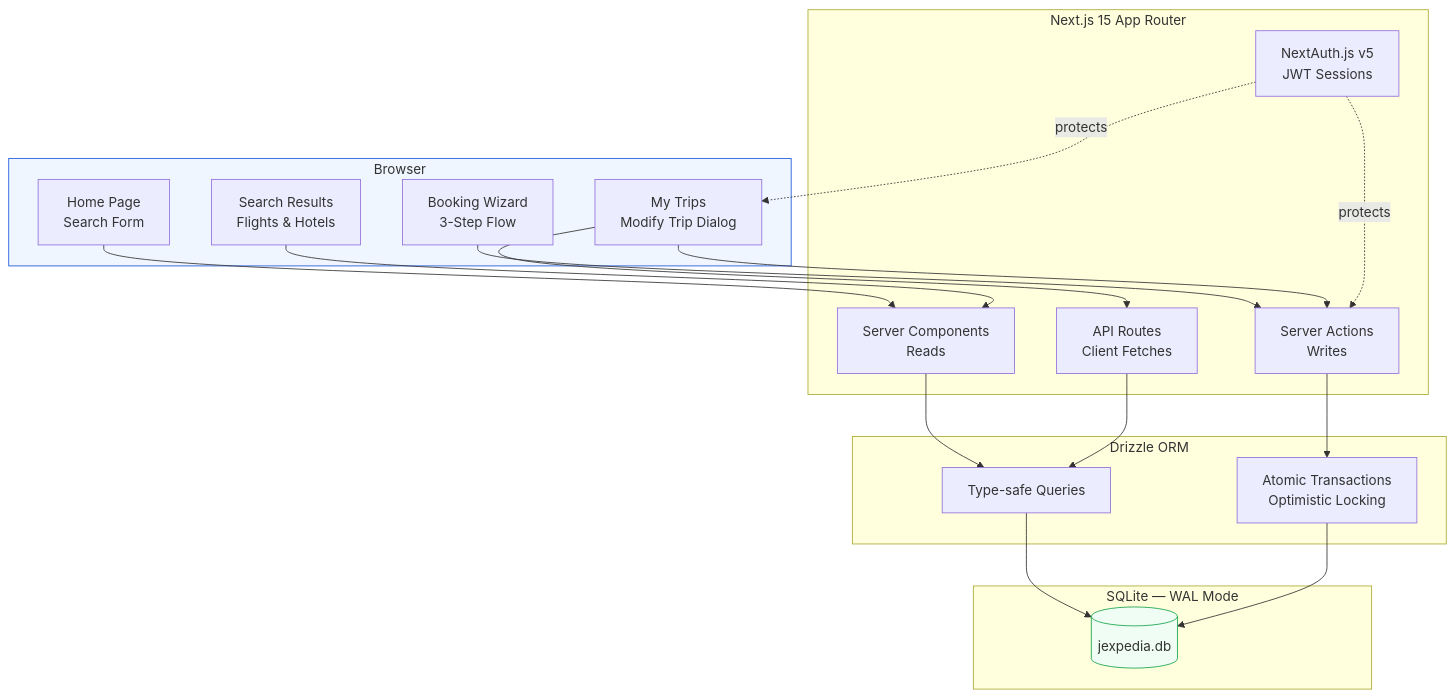
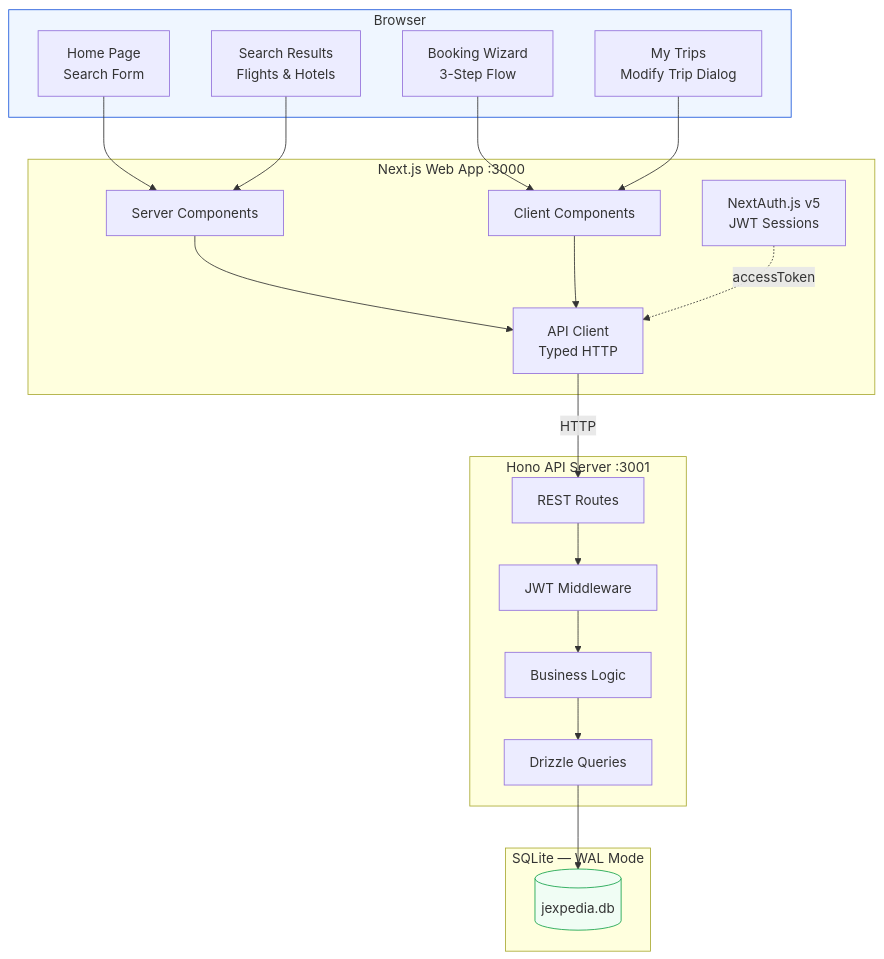
One commit to qshen2022/jexpedia changed the first of 3 diagrams in README.md. Above: the diagram before and after it, drawn with Mermaid. The commit also changed other lines of this file and 97 other files, not shown here.

First line of the commit message:
refactor: monorepo split into separate web app + API service

````diff
--- a/README.md
+++ b/README.md
@@ -104,44 +165,45 @@
 ```mermaid
 graph TB
     subgraph Browser
         Home[Home Page<br/>Search Form]
         Search[Search Results<br/>Flights & Hotels]
         Booking[Booking Wizard<br/>3-Step Flow]
         Trips[My Trips<br/>Modify Trip Dialog]
     end
 
-    subgraph "Next.js 15 App Router"
-        SC[Server Components<br/>Reads]
-        SA[Server Actions<br/>Writes]
-        API[API Routes<br/>Client Fetches]
-        Auth[NextAuth.js v5<br/>JWT Sessions]
+    subgraph "Next.js Web App :3000"
+        SC[Server Components]
+        CC[Client Components]
+        NA[NextAuth.js v5<br/>JWT Sessions]
+        AC[API Client<br/>Typed HTTP]
     end
 
-    subgraph "Drizzle ORM"
-        Queries[Type-safe Queries]
-        Transactions[Atomic Transactions<br/>Optimistic Locking]
+    subgraph "Hono API Server :3001"
+        Routes[REST Routes]
+        MW[JWT Middleware]
+        Services[Business Logic]
+        Queries[Drizzle Queries]
     end
 
     subgraph "SQLite — WAL Mode"
         DB[(jexpedia.db)]
     end
 
     Home --> SC
     Search --> SC
-    Booking --> SA
-    Trips --> SA
-    Trips --> API
+    Booking --> CC
+    Trips --> CC
 
-    SC --> Queries
-    SA --> Transactions
-    API --> Queries
+    SC --> AC
+    CC --> AC
+    NA -.->|accessToken| AC
 
+    AC -->|HTTP| Routes
+    Routes --> MW
+    MW --> Services
+    Services --> Queries
     Queries --> DB
-    Transactions --> DB
-
-    Auth -.->|protects| SA
-    Auth -.->|protects| Trips
 
     style Browser fill:#eff6ff,stroke:#1a56db
     style DB fill:#f0fdf4,stroke:#16a34a
 ```
````
